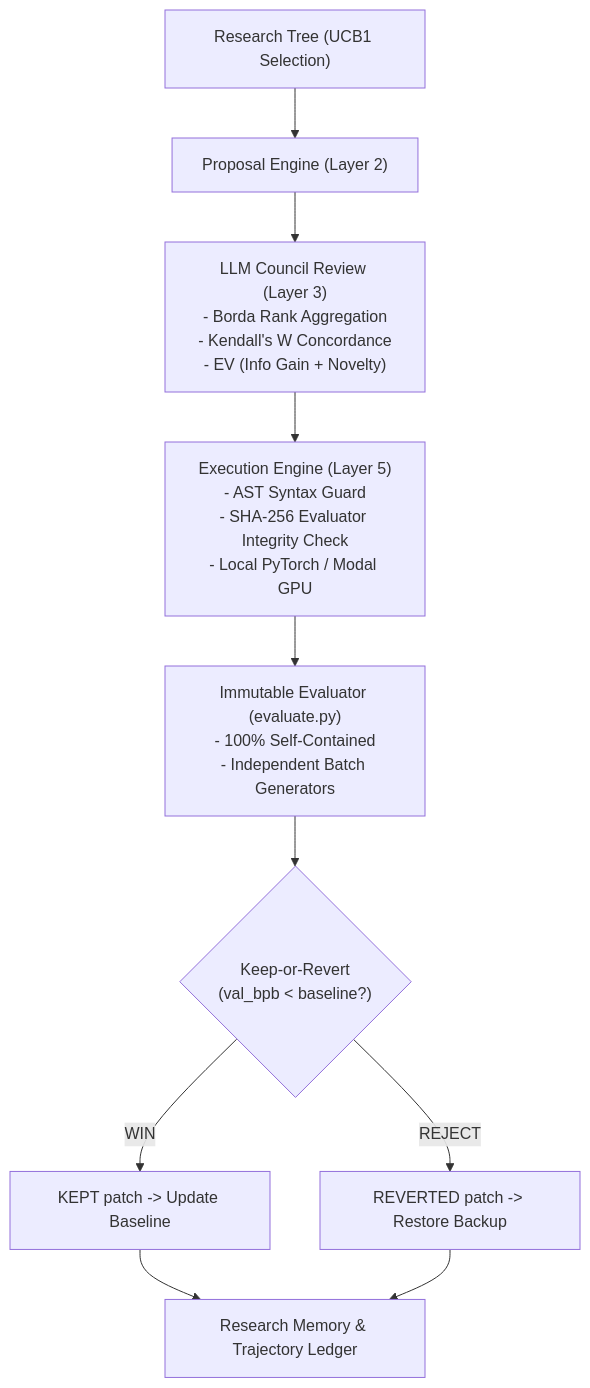
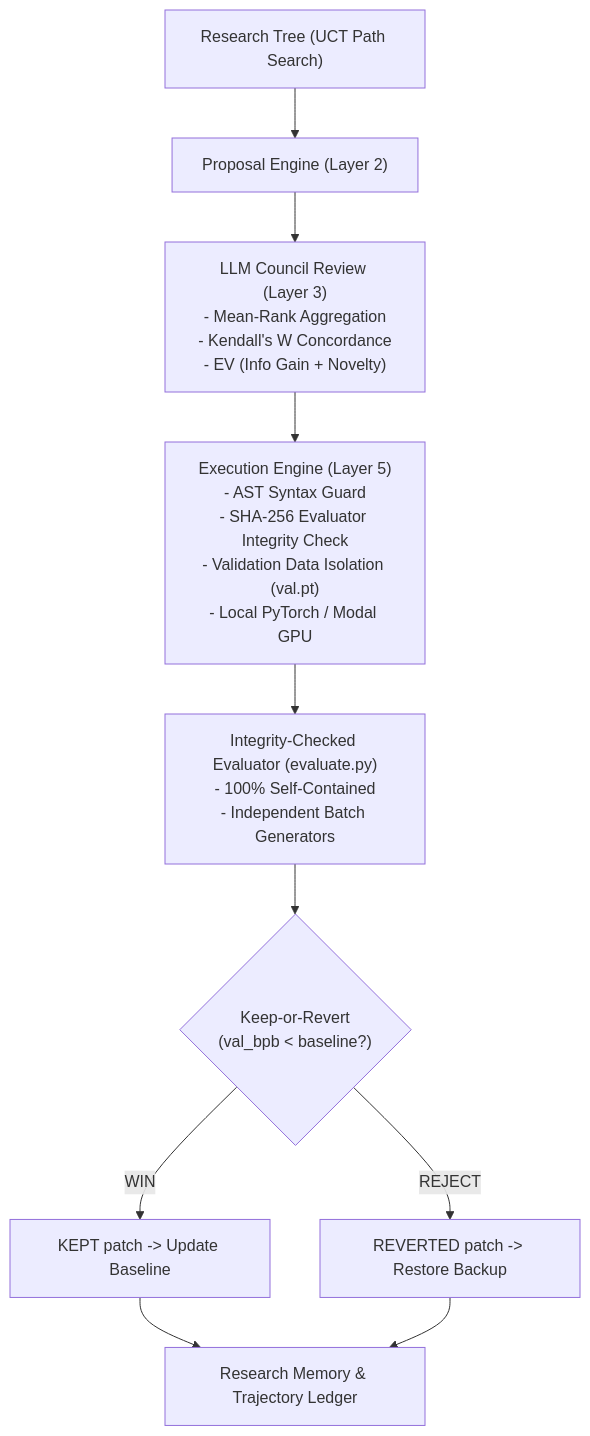
Before and after one commit to Assem-ElQersh/HypothesisOS: the diagram in README.md, drawn with Mermaid. The commit also changed other lines of this file and 6 other files, not shown here.

````diff
--- a/README.md
+++ b/README.md
@@ -25,12 +25,12 @@
 ```mermaid
 graph TD
-    Root["Research Tree (UCB1 Selection)"] --> Proposer["Proposal Engine (Layer 2)"]
-    Proposer --> Council["LLM Council Review (Layer 3)\n- Borda Rank Aggregation\n- Kendall's W Concordance\n- EV (Info Gain + Novelty)"]
-    Council --> Execution["Execution Engine (Layer 5)\n- AST Syntax Guard\n- SHA-256 Evaluator Integrity Check\n- Local PyTorch / Modal GPU"]
-    Execution --> Evaluator["Immutable Evaluator (evaluate.py)\n- 100% Self-Contained\n- Independent Batch Generators"]
+    Root["Research Tree (UCT Path Search)"] --> Proposer["Proposal Engine (Layer 2)"]
+    Proposer --> Council["LLM Council Review (Layer 3)\n- Mean-Rank Aggregation\n- Kendall's W Concordance\n- EV (Info Gain + Novelty)"]
+    Council --> Execution["Execution Engine (Layer 5)\n- AST Syntax Guard\n- SHA-256 Evaluator Integrity Check\n- Validation Data Isolation (val.pt)\n- Local PyTorch / Modal GPU"]
+    Execution --> Evaluator["Integrity-Checked Evaluator (evaluate.py)\n- 100% Self-Contained\n- Independent Batch Generators"]
     Evaluator --> Decision{"Keep-or-Revert\n(val_bpb < baseline?)"}
     Decision -- WIN --> Keep["KEPT patch -> Update Baseline"]
     Decision -- REJECT --> Revert["REVERTED patch -> Restore Backup"]
     Keep --> Memory["Research Memory & Trajectory Ledger"]
     Revert --> Memory
 ```
````
